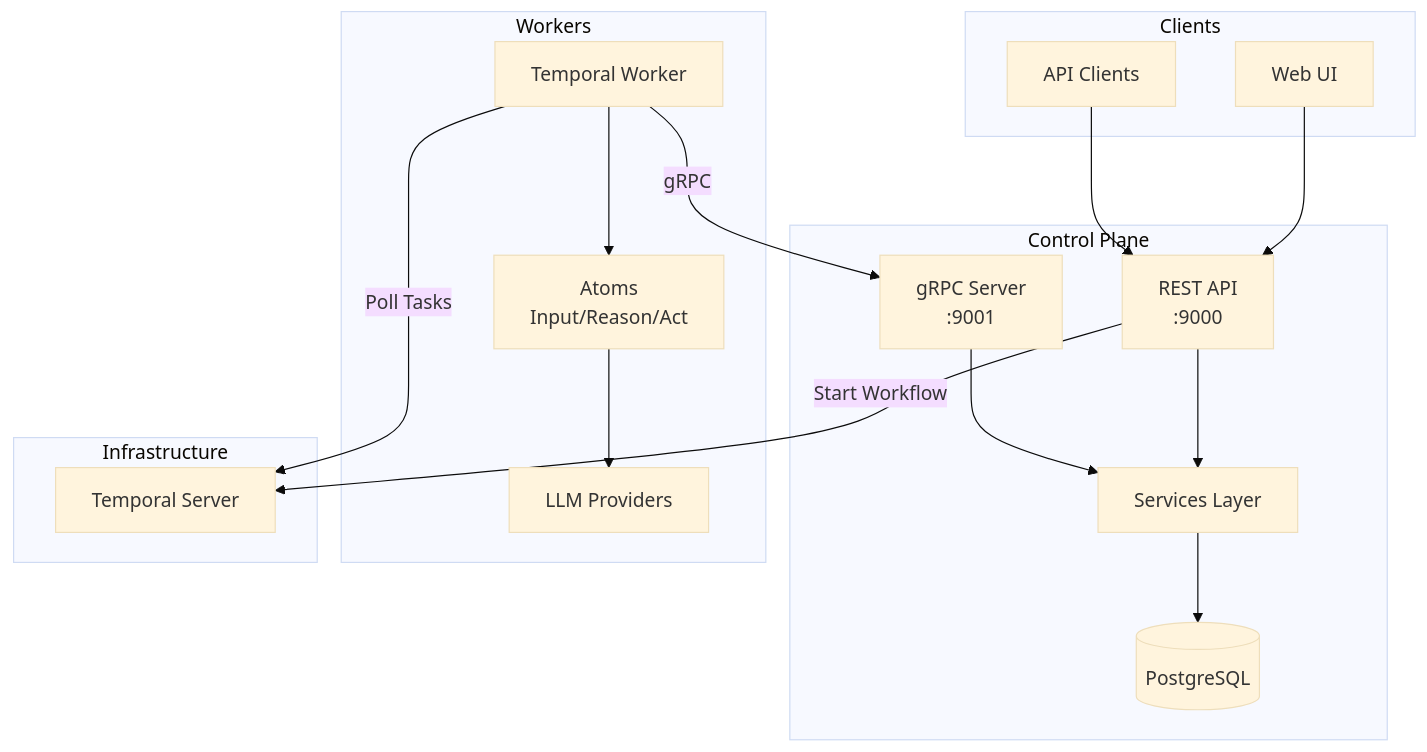
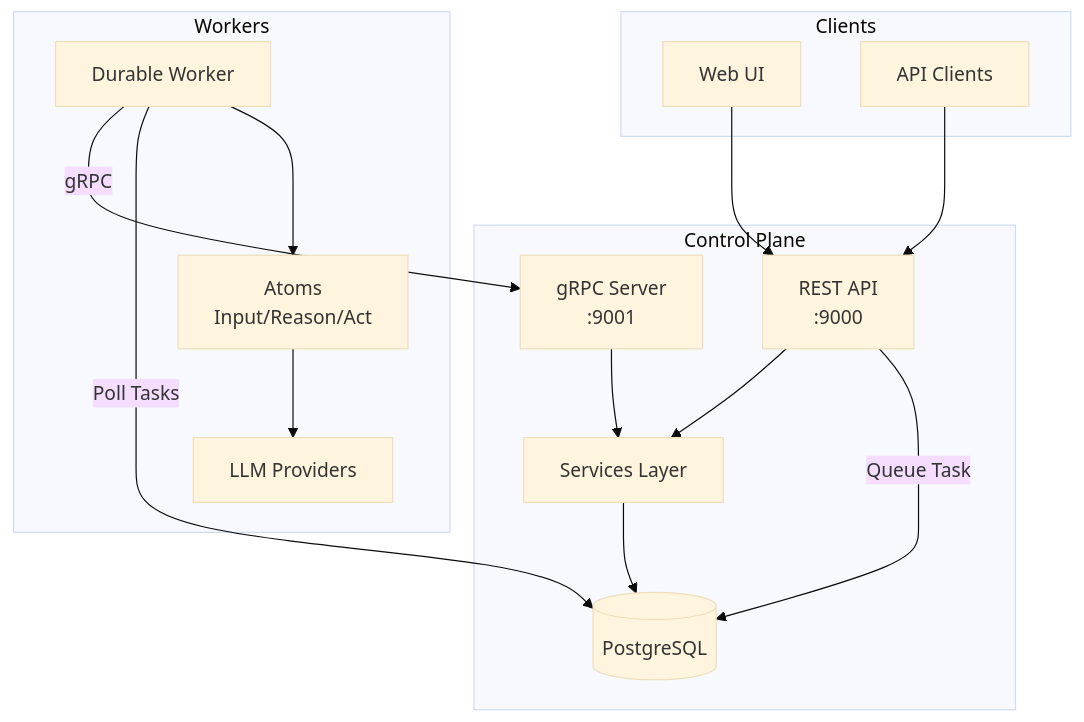
The first of 3 diagrams in specs/architecture.md (everruns/everruns), drawn with Mermaid (base theme) before and after one commit. The commit also changed other lines of this file and 77 other files, not shown here.

````diff
--- a/specs/architecture.md
+++ b/specs/architecture.md
@@ -9,36 +9,32 @@
 ```mermaid
 graph TB
     subgraph Clients
         UI[Web UI]
         API_Client[API Clients]
     end
 
     subgraph Control Plane
         REST[REST API<br/>:9000]
         GRPC[gRPC Server<br/>:9001]
         Services[Services Layer]
         Storage[(PostgreSQL)]
     end
 
     subgraph Workers
-        Worker[Temporal Worker]
+        Worker[Durable Worker]
         Atoms[Atoms<br/>Input/Reason/Act]
         LLM[LLM Providers]
-    end
-
-    subgraph Infrastructure
-        Temporal[Temporal Server]
     end
 
     UI --> REST
     API_Client --> REST
     REST --> Services
     Services --> Storage
     GRPC --> Services
 
     Worker -->|gRPC| GRPC
-    Worker -->|Poll Tasks| Temporal
-    REST -->|Start Workflow| Temporal
+    Worker -->|Poll Tasks| Storage
+    REST -->|Queue Task| Storage
     Worker --> Atoms
     Atoms --> LLM
 ```
````
